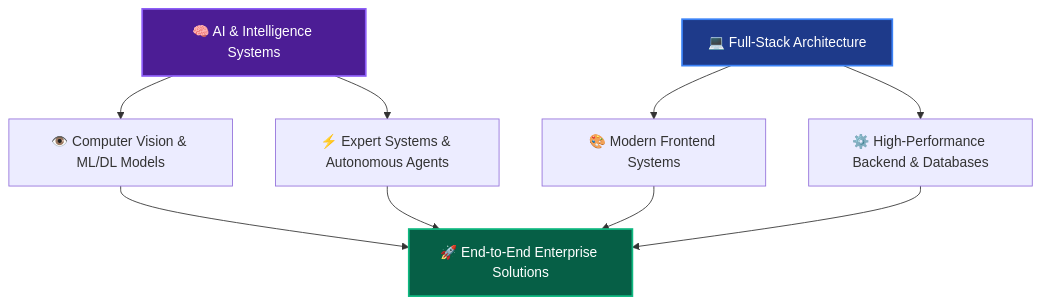
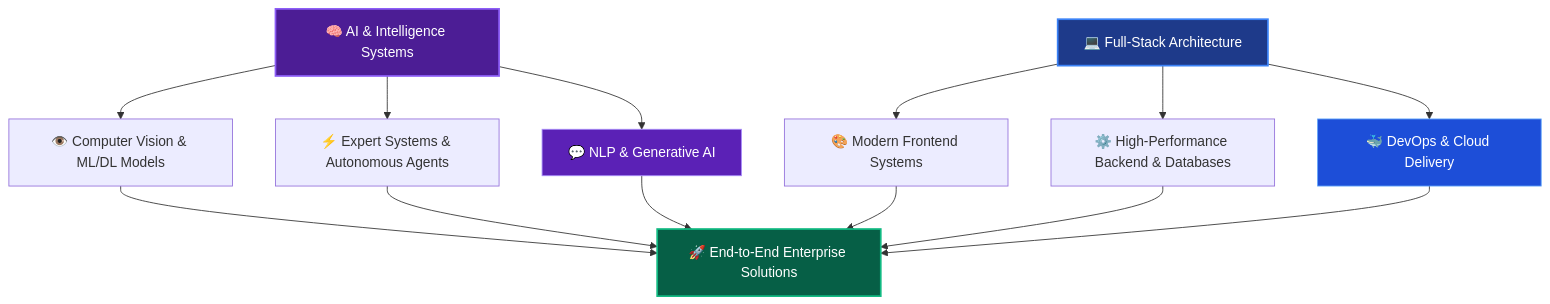
Before and after one commit to nibrasnaourasdaboul/nibrasnaourasdaboul: the first of 13 diagrams in README.md, drawn with Mermaid. The commit also changed other lines of this file, not shown here.

````diff
--- a/README.md
+++ b/README.md
@@ -26,13 +55,16 @@
 ```mermaid
 graph TD
     A[🧠 AI & Intelligence Systems] --> B[👁️ Computer Vision & ML/DL Models]
     A --> C[⚡ Expert Systems & Autonomous Agents]
+    A --> H[💬 NLP & Generative AI]
     D[💻 Full-Stack Architecture] --> E[🎨 Modern Frontend Systems]
     D --> F[⚙️ High-Performance Backend & Databases]
-    B & C & E & F --> G[🚀 End-to-End Enterprise Solutions]
-    
+    D --> I[🐳 DevOps & Cloud Delivery]
+    B & C & H & E & F & I --> G[🚀 End-to-End Enterprise Solutions]
+
     style A fill:#4c1d95,stroke:#8b5cf6,stroke-width:2px,color:#fff
     style D fill:#1e3a8a,stroke:#3b82f6,stroke-width:2px,color:#fff
     style G fill:#065f46,stroke:#10b981,stroke-width:2px,color:#fff
-
+    style H fill:#5b21b6,stroke:#a78bfa,color:#fff
+    style I fill:#1d4ed8,stroke:#60a5fa,color:#fff
 ```
````
